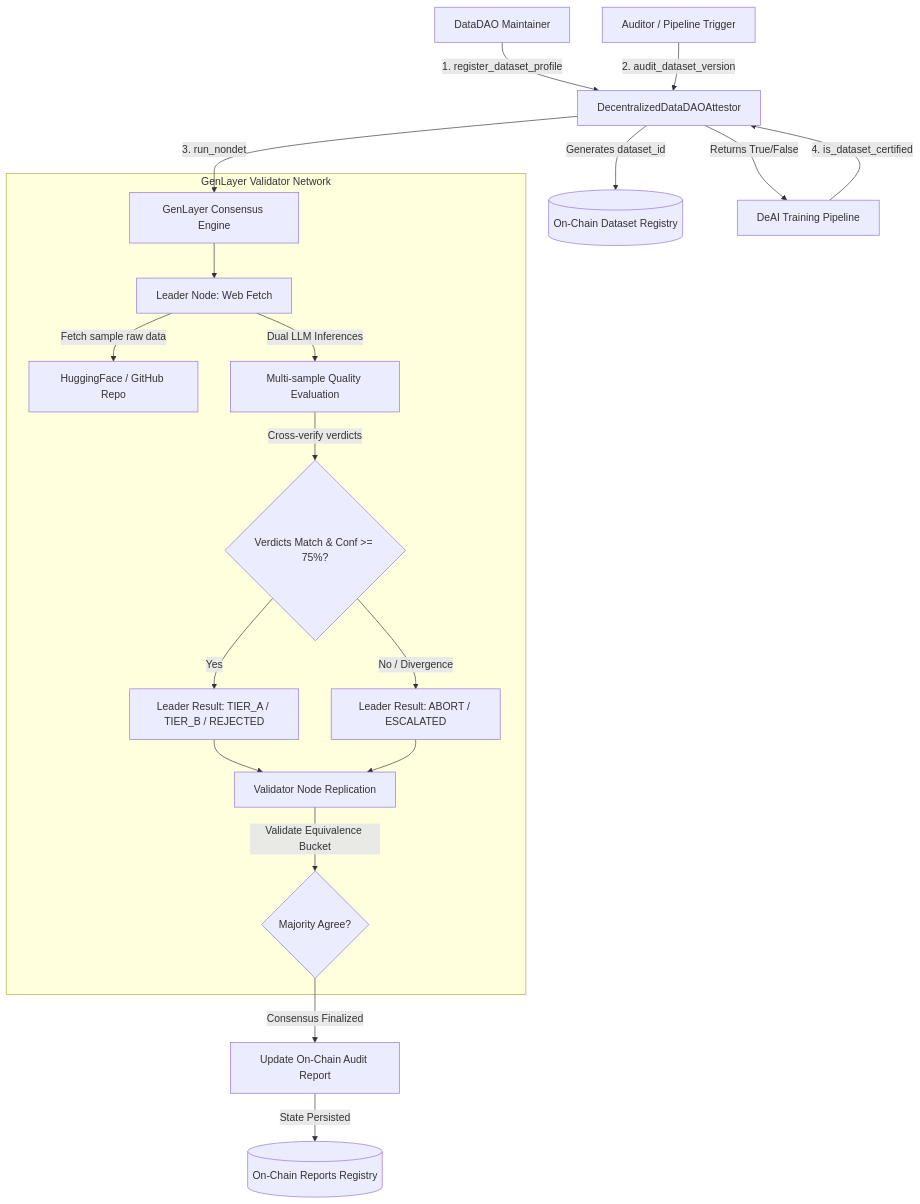
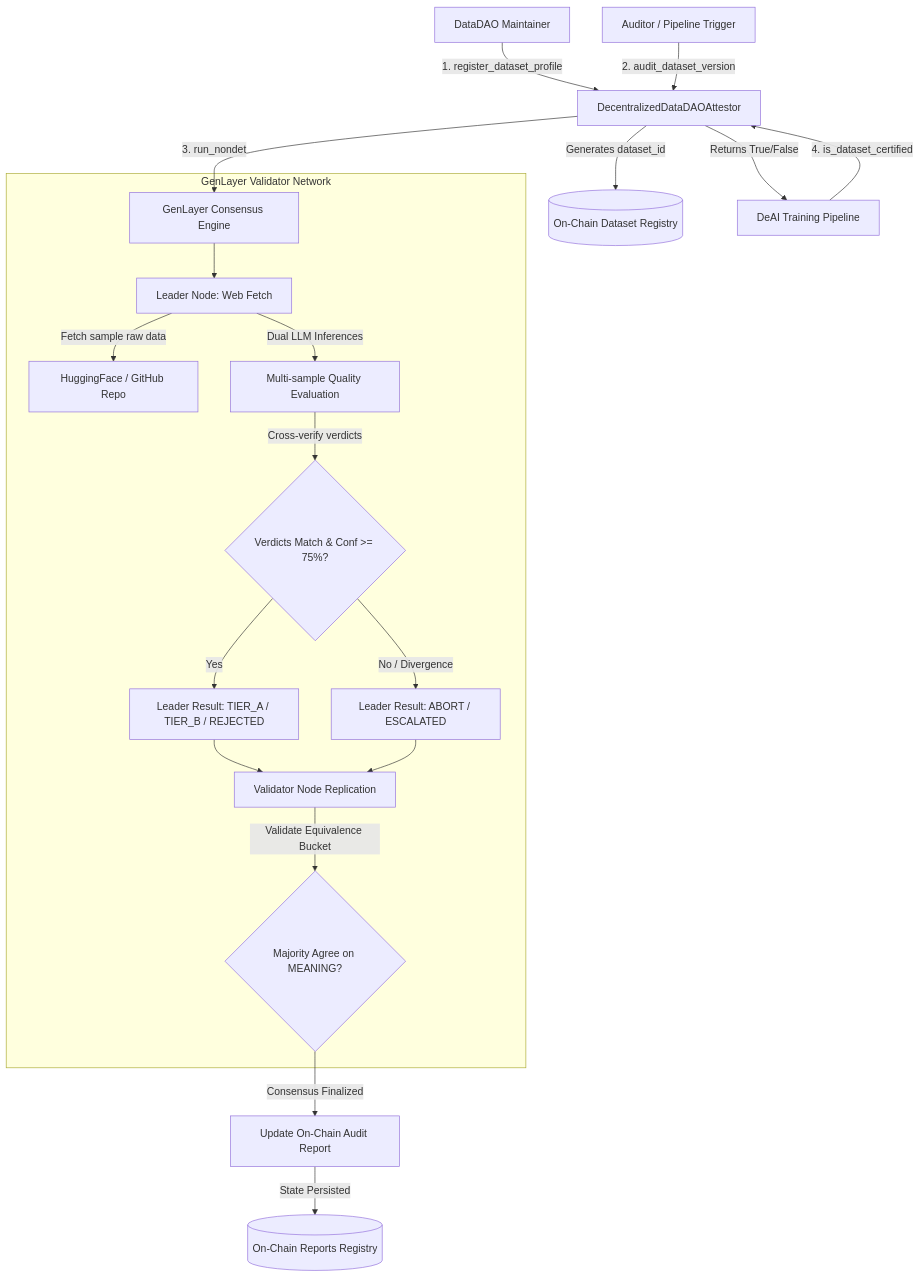
Before and after one commit to tuannguyen1995/datadao-attestor-genlayer: the diagram in README.md, drawn with Mermaid. The commit also changed other lines of this file and 2 other files, not shown here.

````diff
--- a/README.md
+++ b/README.md
@@ -32,27 +116,27 @@
 ```mermaid
 flowchart TD
     A[DataDAO Maintainer] -->|1. register_dataset_profile| B[DecentralizedDataDAOAttestor]
     B -->|Generates dataset_id| C[(On-Chain Dataset Registry)]
     
     D[Auditor / Pipeline Trigger] -->|2. audit_dataset_version| B
     B -->|3. run_nondet| E[GenLayer Consensus Engine]
     
     subgraph GenLayer Validator Network
         E --> F[Leader Node: Web Fetch]
         F -->|Fetch sample raw data| G[HuggingFace / GitHub Repo]
         F -->|Dual LLM Inferences| H[Multi-sample Quality Evaluation]
         H -->|Cross-verify verdicts| I{Verdicts Match & Conf >= 75%?}
         I -->|Yes| J[Leader Result: TIER_A / TIER_B / REJECTED]
         I -->|No / Divergence| K[Leader Result: ABORT / ESCALATED]
         
         J --> L[Validator Node Replication]
         K --> L
-        L -->|Validate Equivalence Bucket| M{Majority Agree?}
+        L -->|Validate Equivalence Bucket| M{Majority Agree on MEANING?}
     end
     
     M -->|Consensus Finalized| N[Update On-Chain Audit Report]
     N -->|State Persisted| O[(On-Chain Reports Registry)]
     
     P[DeAI Training Pipeline] -->|4. is_dataset_certified| B
     B -->|Returns True/False| P
 ```
````
